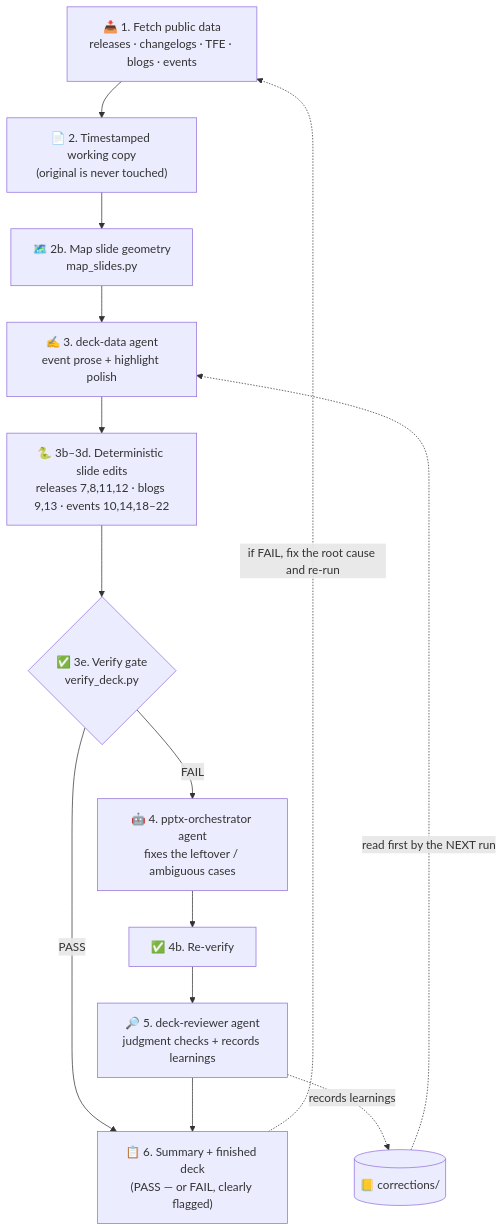
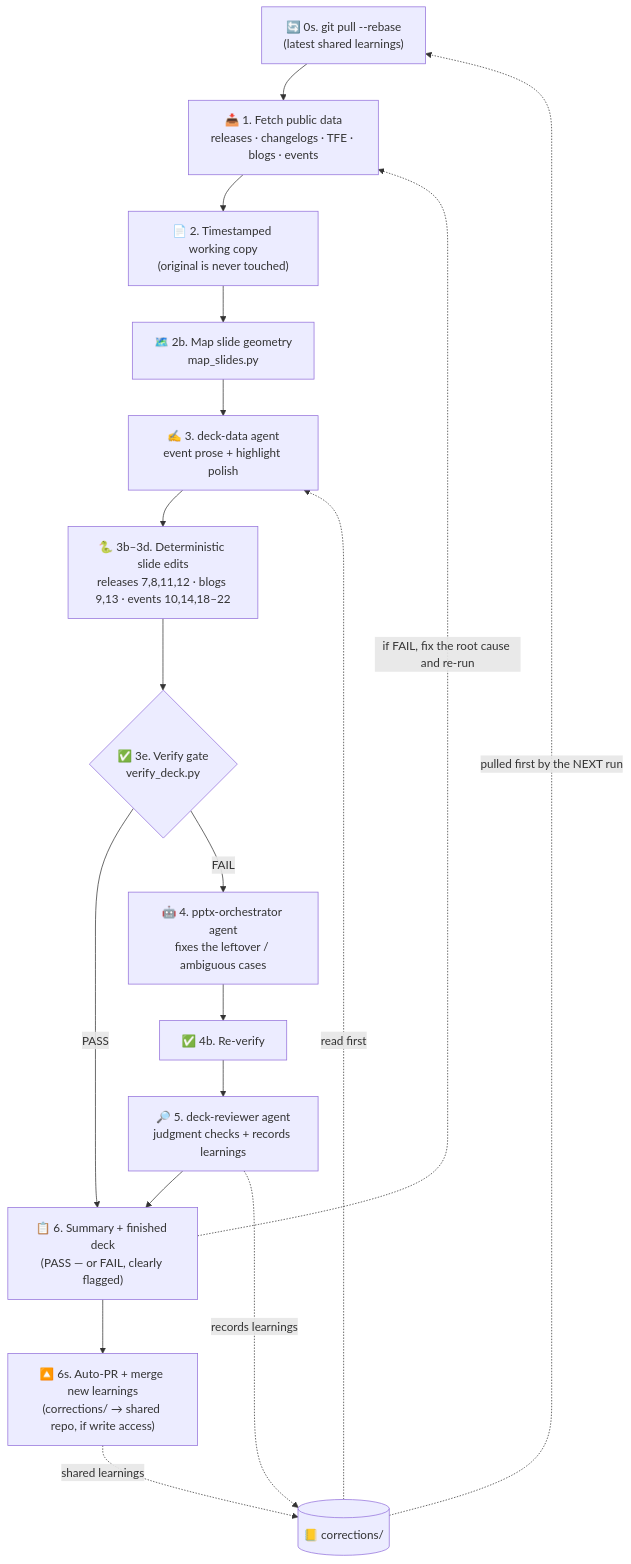
Before and after one commit to nikitastetskiy/agentic-clm: the second of 2 diagrams in README.md, drawn with Mermaid. The commit also changed other lines of this file and 4 other files, not shown here.

````diff
--- a/README.md
+++ b/README.md
@@ -231,16 +237,20 @@
 ```mermaid
 flowchart TD
-    A["📥 1. Fetch public data<br/>releases · changelogs · TFE · blogs · events"] --> B["📄 2. Timestamped working copy<br/>(original is never touched)"]
+    S0["🔄 0s. git pull --rebase<br/>(latest shared learnings)"] --> A["📥 1. Fetch public data<br/>releases · changelogs · TFE · blogs · events"]
+    A --> B["📄 2. Timestamped working copy<br/>(original is never touched)"]
     B --> C["🗺️ 2b. Map slide geometry<br/>map_slides.py"]
     C --> D["✍️ 3. deck-data agent<br/>event prose + highlight polish"]
     D --> E["🐍 3b–3d. Deterministic slide edits<br/>releases 7,8,11,12 · blogs 9,13 · events 10,14,18–22"]
     E --> F{"✅ 3e. Verify gate<br/>verify_deck.py"}
     F -->|PASS| Z["📋 6. Summary + finished deck<br/>(PASS — or FAIL, clearly flagged)"]
     F -->|FAIL| G["🤖 4. pptx-orchestrator agent<br/>fixes the leftover / ambiguous cases"]
     G --> H["✅ 4b. Re-verify"]
     H --> R["🔎 5. deck-reviewer agent<br/>judgment checks + records learnings"]
     R --> Z
     R -. records learnings .-> L[("📒 corrections/")]
-    L -. read first by the NEXT run .-> D
+    Z --> S6["🔼 6s. Auto-PR + merge new learnings<br/>(corrections/ → shared repo, if write access)"]
+    S6 -. shared learnings .-> L
+    L -. pulled first by the NEXT run .-> S0
+    L -. read first .-> D
     Z -. if FAIL, fix the root cause and re-run .-> A
 ```
````
